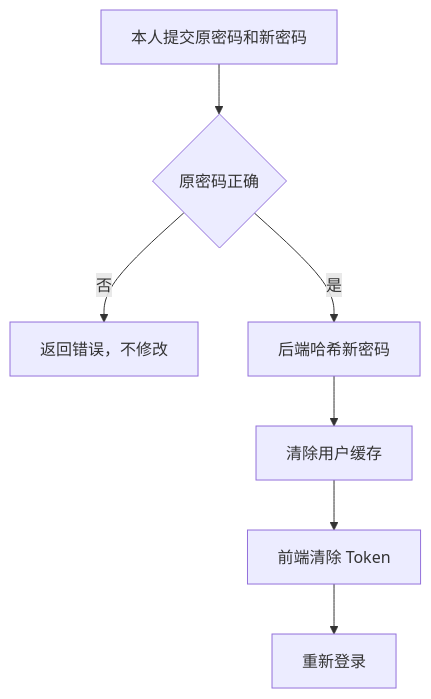
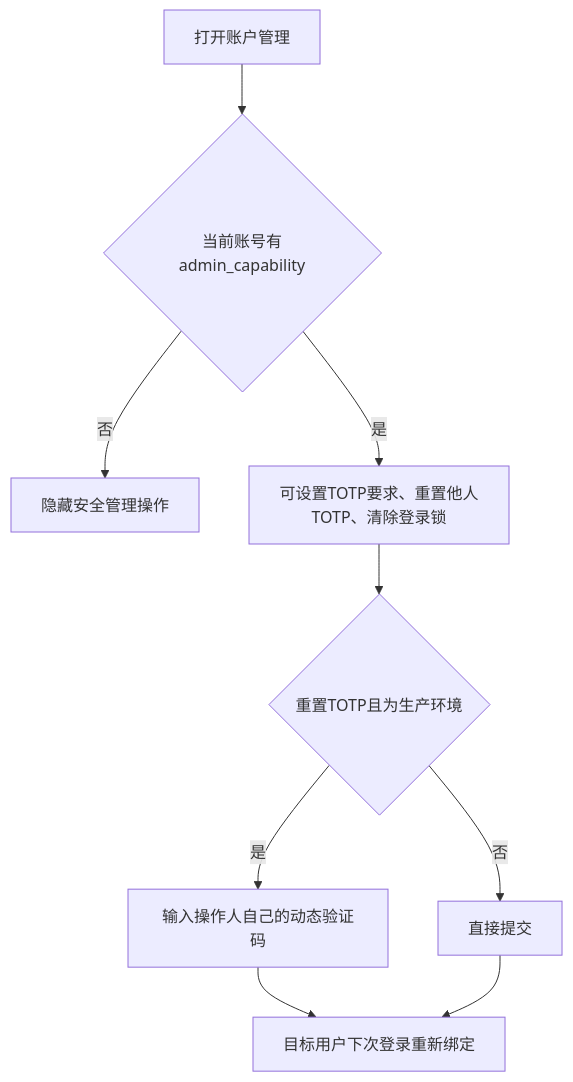
Before and after one commit to kongzhiao/tools-vue: the third of 4 diagrams in docs/系统用户管理/业务流程图解.md, drawn with Mermaid. The commit also changed other lines of this file and 29 other files, not shown here.

````diff
--- a/docs/系统用户管理/业务流程图解.md
+++ b/docs/系统用户管理/业务流程图解.md
@@ -53,9 +31,11 @@
 ```mermaid
 flowchart TD
-    A["本人提交原密码和新密码"] --> B{"原密码正确"}
-    B -- "否" --> C["返回错误，不修改"]
-    B -- "是" --> D["后端哈希新密码"]
-    D --> E["清除用户缓存"]
-    E --> F["前端清除 Token"]
-    F --> G["重新登录"]
+    A["打开账户管理"] --> B{"当前账号有admin_capability"}
+    B -- "否" --> C["隐藏安全管理操作"]
+    B -- "是" --> D["可设置TOTP要求、重置他人TOTP、清除登录锁"]
+    D --> E{"重置TOTP且为生产环境"}
+    E -- "是" --> F["输入操作人自己的动态验证码"]
+    E -- "否" --> G["直接提交"]
+    F --> H["目标用户下次登录重新绑定"]
+    G --> H
 ```
````
